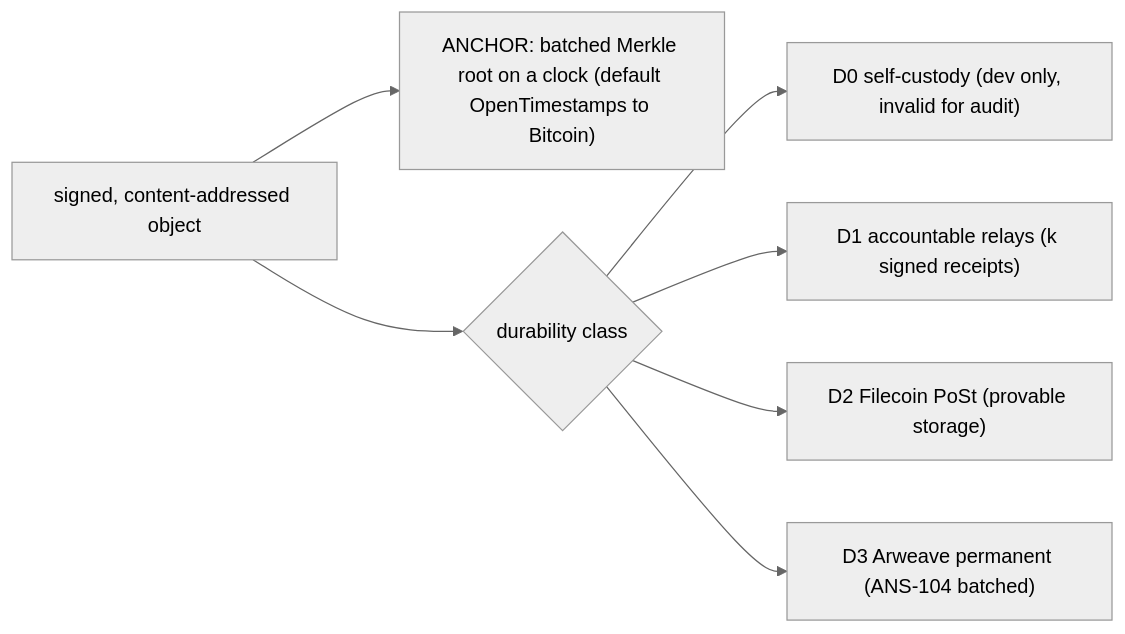
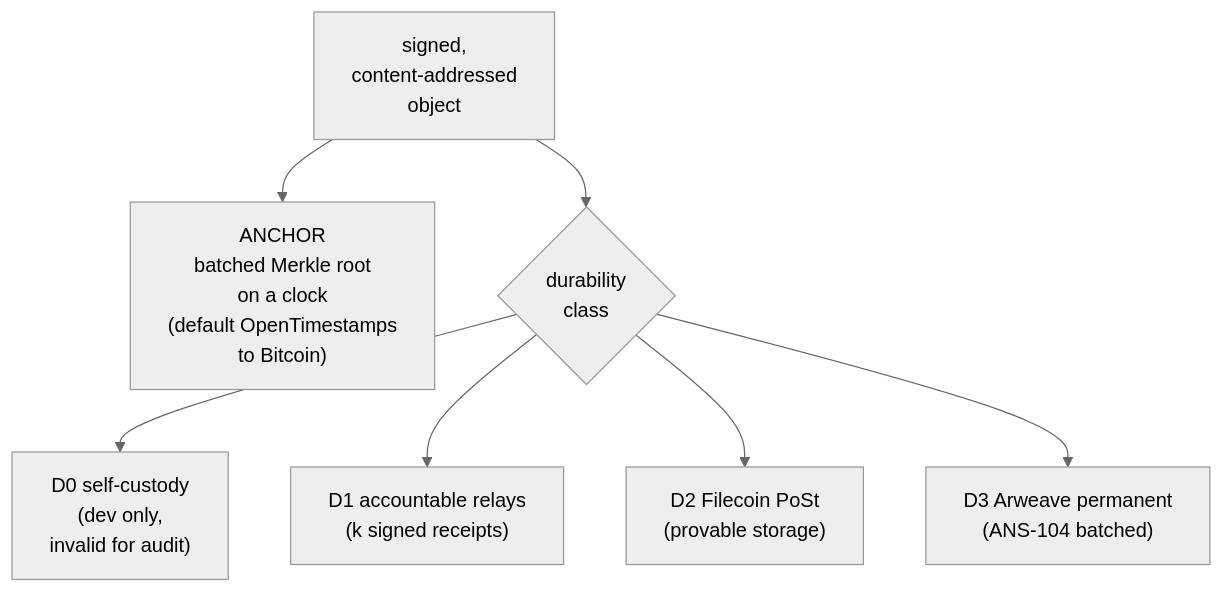
The fifth of 8 diagrams in work/research/computation-proof/architecture.md (mnemonik-xyz/monorepo), drawn with Mermaid (neutral theme) before and after one commit. The commit also changed other lines of this file, not shown here.

First line of the commit message:
docs: refactor diagrams for width — multiline labels, top-down chains

````diff
--- a/work/research/computation-proof/architecture.md
+++ b/work/research/computation-proof/architecture.md
@@ -165,10 +165,10 @@
 ```mermaid
-flowchart LR
-    OBJ["signed, content-addressed object"]
-    OBJ --> ANC["ANCHOR: batched Merkle root on a clock (default OpenTimestamps to Bitcoin)"]
-    OBJ --> DUR{durability class}
-    DUR --> D0["D0 self-custody (dev only, invalid for audit)"]
-    DUR --> D1["D1 accountable relays (k signed receipts)"]
-    DUR --> D2["D2 Filecoin PoSt (provable storage)"]
-    DUR --> D3["D3 Arweave permanent (ANS-104 batched)"]
+flowchart TD
+    OBJ["signed,<br/>content-addressed<br/>object"]
+    OBJ --> ANC["ANCHOR<br/>batched Merkle root<br/>on a clock<br/>(default OpenTimestamps<br/>to Bitcoin)"]
+    OBJ --> DUR{"durability<br/>class"}
+    DUR --> D0["D0 self-custody<br/>(dev only,<br/>invalid for audit)"]
+    DUR --> D1["D1 accountable relays<br/>(k signed receipts)"]
+    DUR --> D2["D2 Filecoin PoSt<br/>(provable storage)"]
+    DUR --> D3["D3 Arweave permanent<br/>(ANS-104 batched)"]
 ```
````
